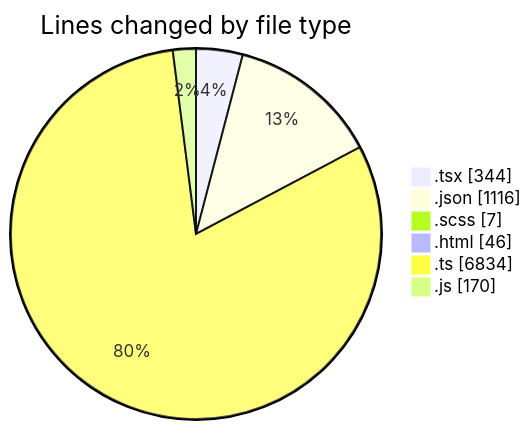
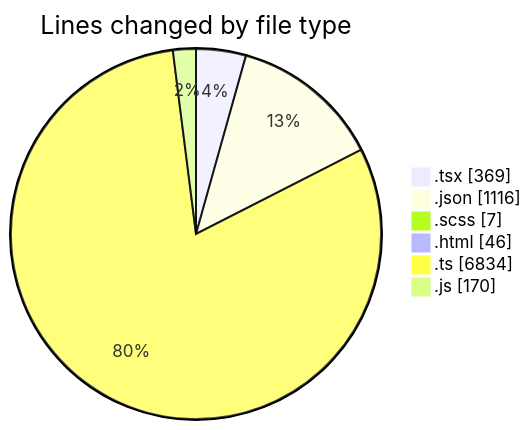
One commit to momahboobian/code-tracking changed the first of 2 diagrams in 2026-04-14/cda/README.md. Above: the diagram before and after it, drawn with Mermaid. The commit also changed other lines of this file and 1 other file, not shown here.

````diff
--- a/2026-04-14/cda/README.md
+++ b/2026-04-14/cda/README.md
@@ -36,10 +36,10 @@
 ```mermaid
 pie showData
 title Lines changed by file type
-".tsx" : 344
+".tsx" : 369
 ".json" : 1116
 ".scss" : 7
 ".html" : 46
 ".ts" : 6834
 ".js" : 170
 ```
````
